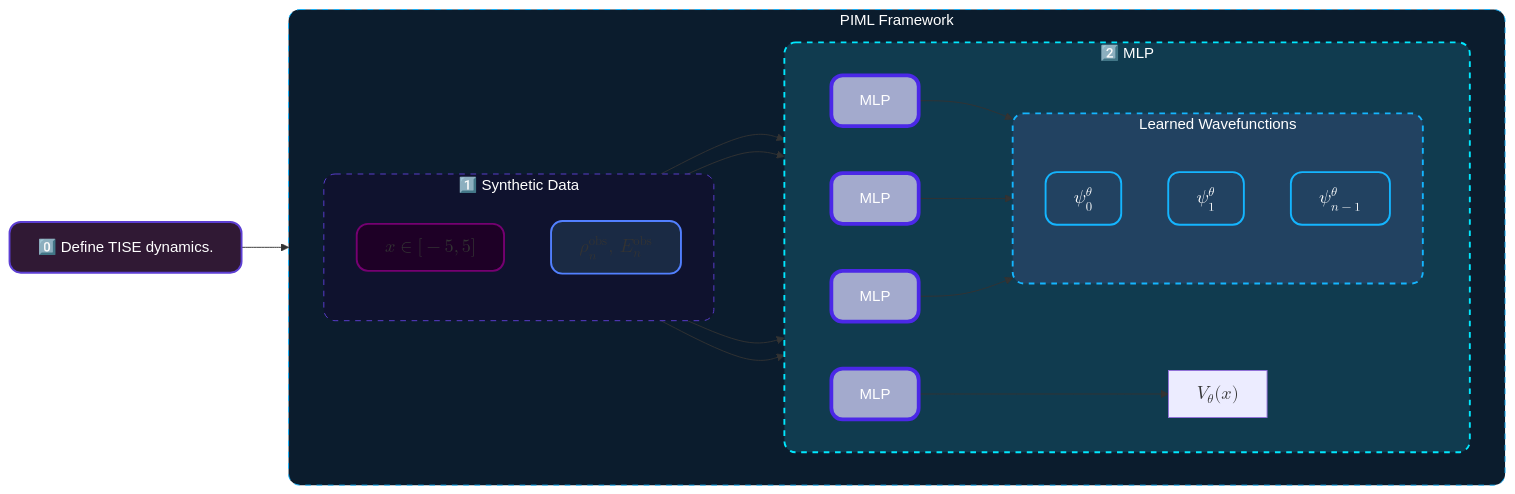
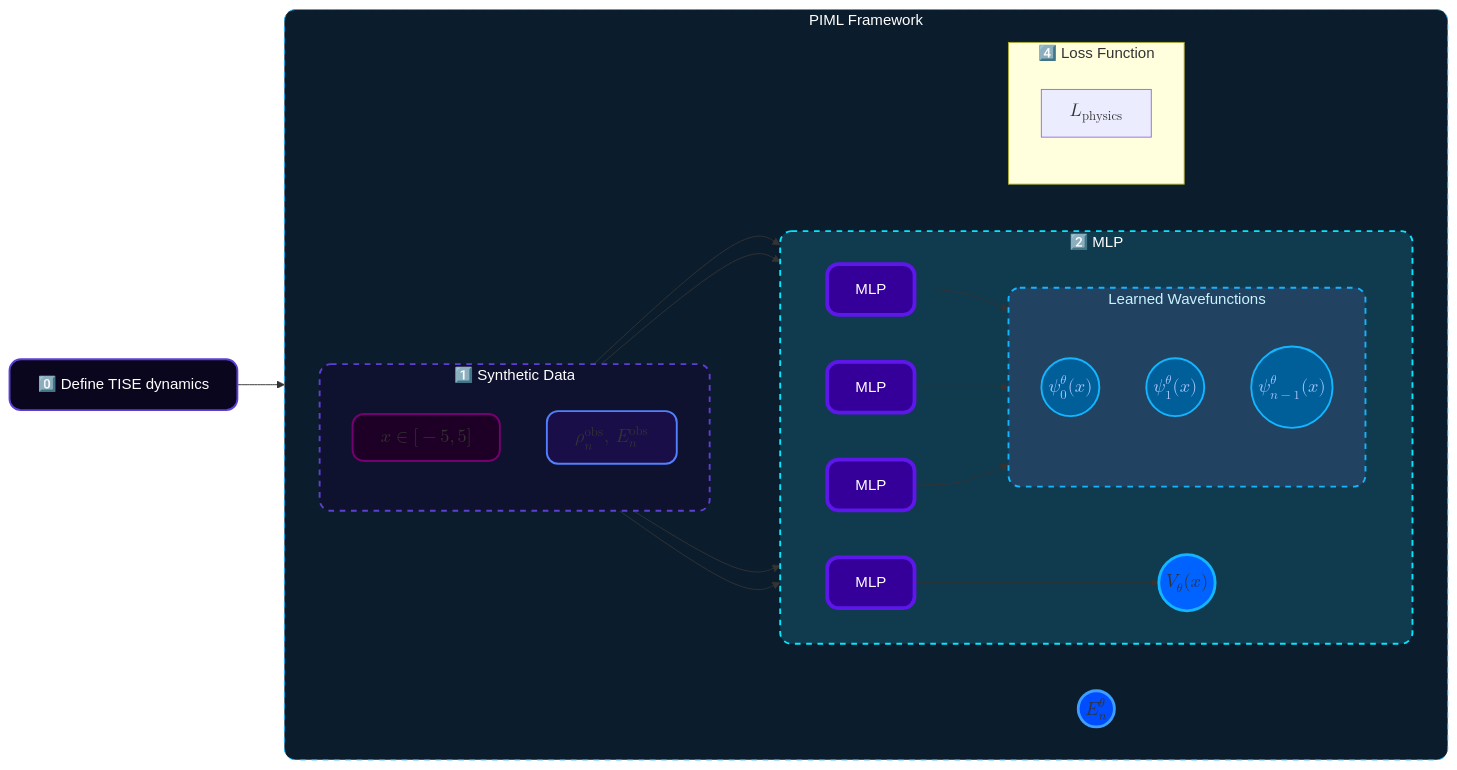
One commit to Scriber-Labs/lf-pinn-inverse-schrodinger changed the diagram in assets/mermaid-diagrams/architecture.mmd. Above: the diagram before and after it, drawn with Mermaid.

Commit message:
spent the better part of the day choosing  colors to make the mermaid diagrams have a pseudogradient. all the code is in the './assets/mermaid-diagrams/' folder

```diff
--- a/assets/mermaid-diagrams/architecture.mmd
+++ b/assets/mermaid-diagrams/architecture.mmd
@@ -1,107 +1,102 @@
 %%====================================================================
 %%  2️⃣ Project 2 Architecture
 %%====================================================================
 %%{ init: {
         "theme": "base",
         "themeVariables": {
-            "background": "#0D1117",
-            "lineColor": "#14B5FF",
-            "textColor": "#ffffff",
+            "background": "`#0D1117`",
+            "lineColor": "`#14B5FF`",
             "fontFamily": "'Aclonica', sans-serif",
             "borderRadius": "16",
         },
         "handDrawn": true,
     }
 }%%
 %%====================================================================
 
 flowchart LR
 
     %%-----------------------------------------------------------
     %%  NODE DEFINITIONS
     %%-----------------------------------------------------------
-    step0["0️⃣ Define TISE dynamics."]
-
-
-
-
-
+    step0["0️⃣ Define TISE dynamics"]
 
     %%-----------------------------------------------------------
     %% CORE PIPELINE (PIML Framework)
     %%--------------------------------------------------------------
     subgraph PIML["PIML Framework"]
     direction LR
 
 
         subgraph synthetic["1️⃣ Synthetic Data"]
         direction TB
 
             spatial_grid["$$x\in[-5,5]$$"]:::spatial
             observed_data["$$\rho_n^\text{obs}, \, E_n^\text{obs} $$"]
 
         end
 
 
+
         subgraph PINN["2️⃣ MLP"]
         direction LR
 
             MLP1["MLP"]:::MLP
             MLP2["MLP"]:::MLP
             MLP3["MLP"]:::MLP
             MLP4["MLP"]:::MLP
 
-            potential["$$V_\theta(x)$$"]
+            potential(("$$V_\theta(x)$$"))
 
+            MLP1 --> potential
             subgraph wavefunctions["Learned Wavefunctions"]
             direction TB
+                wavefunction_0(("$$\psi_0^\theta(x)$$")):::wavefunction
+                wavefunction_1(("$$\psi_1^\theta(x)$$")):::wavefunction
+                wavefunction_final(("$$\psi_{n-1}^\theta(x)$$")):::wavefunction
 
-                wavefunction_0["$$\psi_0^\theta$$"]:::wavefunction
-                wavefunction_1["$$\psi_1^\theta$$"]:::wavefunction
-                wavefunction_final["$$\psi_{n-1}^\theta$$"]:::wavefunction
 
             end
 
-            %%-----------------------------------------------------------
-            %%  Connections
-            %%-----------------------------------------------------------
-            MLP1 --> potential
             MLP2 --> wavefunction_0
             MLP3 --> wavefunction_1
             MLP4 --> wavefunction_final
 
+
+
         end
 
+        subgraph loss["4️⃣ Loss Function"]
+        direction TB
+
+            loss_physics["$$L_\text{physics}$$"]
+        end
 
     spatial_grid --> MLP1
     spatial_grid --> MLP2
     spatial_grid --> MLP3
     spatial_grid --> MLP4
 
+    energy(("$$E_n^\theta$$"))
+
+
     end
-
     %%-----------------------------------------------------------
     %%  External connections
     %%-----------------------------------------------------------
     step0 --> PIML
 
     %%-----------------------------------------------------------
     %%  STYLE DEFINITIONS (inline, no external CSS)
     %%-----------------------------------------------------------
-    style step0 fill:#301934,stroke:#5D3FD3,stroke-width:2px,color:#ffffff,rx:12,ry:12;
-
+    style step0 fill:#0A061D,stroke:#5D3FD3,stroke-width:2px,color:#ffffff,rx:12,ry:12;
     style PIML fill:#0B1C2D,stroke:#14b5ff,stroke-width:1px,color:#ffffff,stroke-dasharray: 6 6,rx:12,ry:12;
-
-    style synthetic fill:#11112ECE,stroke:#5D3FD3,stroke-dasharray:6 6,color:#ffffff,rx:12,ry:12;
-
+    style synthetic fill:#11112ECE,stroke:#5D3FD3,stroke-dasharray:6 6,stroke-width:2px,color:#ffffff,rx:12,ry:12;
     style spatial_grid fill:#1E0026,stroke:#750071,stroke-width:2px,color:#ffffff,rx:12,ry:12;
-
-    style observed_data fill:#1a2a44,stroke:#5280ff,stroke-width:2px,color:#ffffff,rx:12,ry:12;
-
-    classDef wavefunction fill:#224261,stroke:#14B5FF,stroke-width:2px,color:#ffffff,rx:12,ry:12;14B5FF
-
-    style wavefunctions fill:#224261,stroke:#14B5FF,stroke-width:2px,stroke-dasharray:6 6,color:#ffffff,rx:12,ry:12;14B5FF
-
+    style observed_data fill:#190E48,stroke:#5280ff,stroke-width:2px,color:#ffffff,rx:12,ry:12;
+    classDef wavefunction fill:#005E99,stroke:#14B5FF,stroke-width:2px,color:#adc8ff,rx:12,ry:12;
+    style wavefunctions fill:#224261,stroke:#14B5FF,stroke-width:2px,stroke-dasharray:6 6,color:#C7F3FF,rx:12,ry:12;
     style PINN fill:#103b4f,stroke:#00E8FF,stroke-width:2px,color:#ffffff,stroke-dasharray: 6 6,rx:12,ry:12;
-
-    classDef MLP fill:#ddd6ffb7,stroke:#4b28e7,stroke-width:4px,color:#ffffff,rx:12,ry:12;
+    classDef MLP fill:#350099,stroke:#5E17EB,stroke-width:4px,color:#ffffff,rx:12,ry:12;
+    style potential fill:#0062FF,stroke:#14B5FF,stroke-width:3px,color:#ffffff,rx:12,ry:12;
+    style energy width:480px,height:240px,fill:#004cff,stroke:#3e9eff,stroke-width:3px,color:#ffffff,rx:12,ry:12;
```
